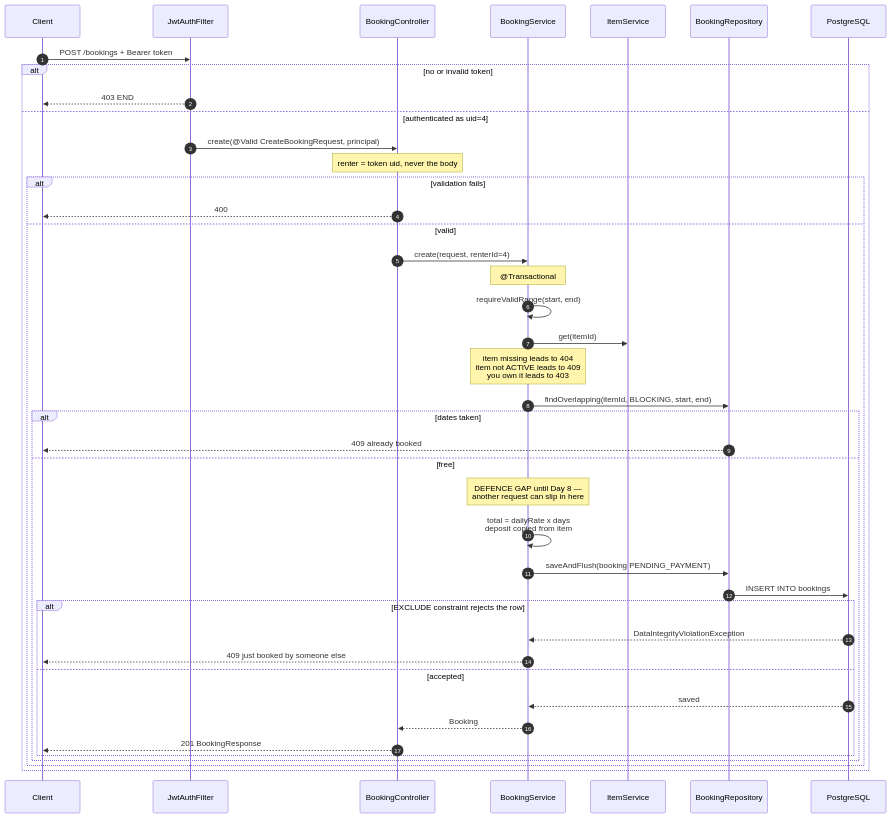
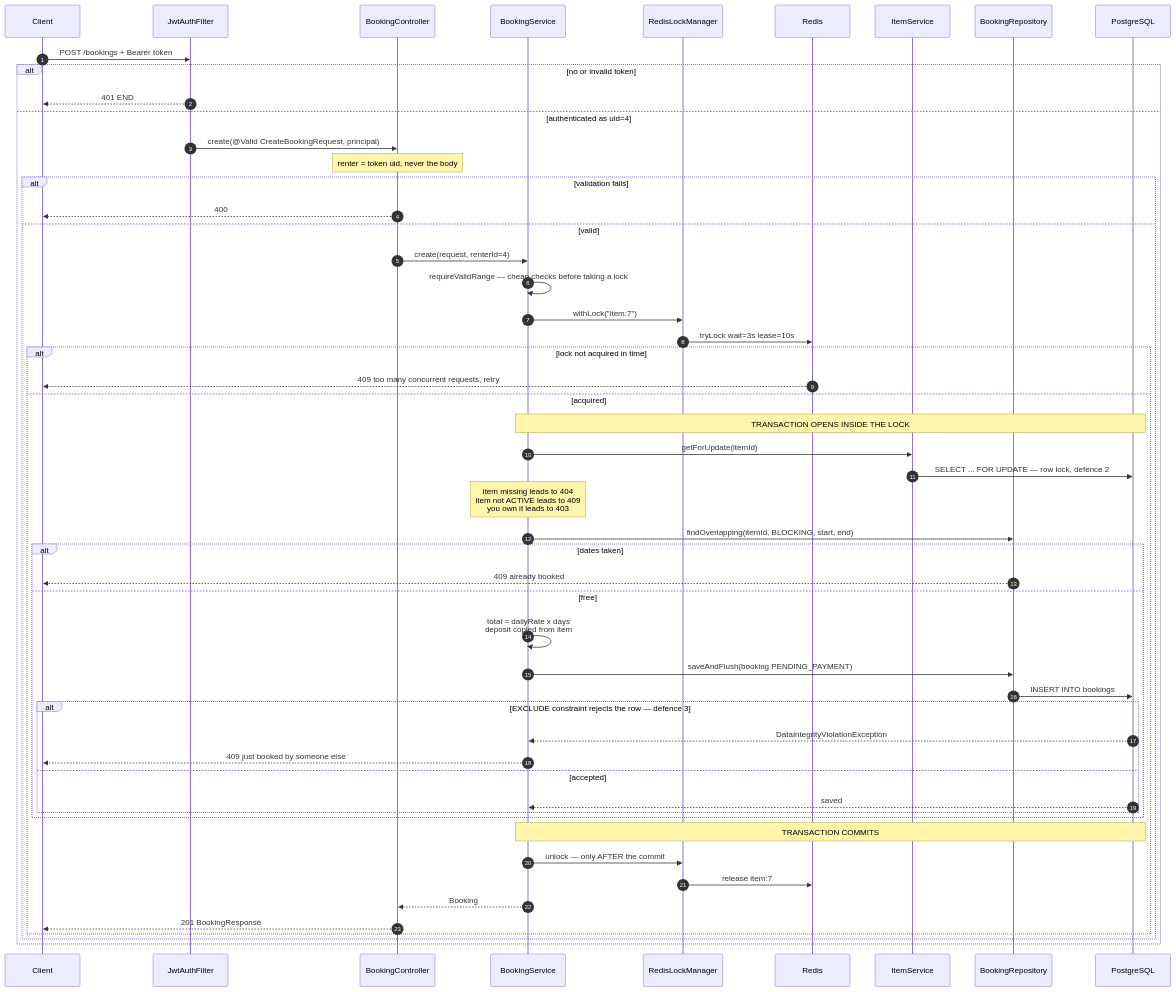
The eighth of 14 diagrams in docs/API_FLOW.md (RajatRajSharma/rentFlowBackend), drawn with Mermaid before and after one commit. The commit also changed other lines of this file and 21 other files, not shown here.

````diff
--- a/docs/API_FLOW.md
+++ b/docs/API_FLOW.md
@@ -333,47 +335,60 @@
 ```mermaid
 sequenceDiagram
     autonumber
     participant CL as Client
     participant JF as JwtAuthFilter
     participant BC as BookingController
     participant BS as BookingService
+    participant LM as RedisLockManager
+    participant RD as Redis
     participant IS as ItemService
     participant BR as BookingRepository
     participant DB as PostgreSQL
 
     CL->>JF: POST /bookings + Bearer token
     alt no or invalid token
-        JF-->>CL: 403 END
+        JF-->>CL: 401 END
     else authenticated as uid=4
         JF->>BC: create(@Valid CreateBookingRequest, principal)
         Note over BC: renter = token uid, never the body
         alt validation fails
             BC-->>CL: 400
         else valid
             BC->>BS: create(request, renterId=4)
-            Note over BS: @Transactional
+            BS->>BS: requireValidRange — cheap checks before taking a lock
 
-            BS->>BS: requireValidRange(start, end)
-            BS->>IS: get(itemId)
-            Note over BS: item missing leads to 404<br/>item not ACTIVE leads to 409<br/>you own it leads to 403
+            BS->>LM: withLock("item:7")
+            LM->>RD: tryLock wait=3s lease=10s
+            alt lock not acquired in time
+                RD-->>CL: 409 too many concurrent requests, retry
+            else acquired
+                Note over BS,DB: TRANSACTION OPENS INSIDE THE LOCK
 
-            BS->>BR: findOverlapping(itemId, BLOCKING, start, end)
-            alt dates taken
-                BR-->>CL: 409 already booked
-            else free
-                Note over BS: DEFENCE GAP until Day 8 —<br/>another request can slip in here
-                BS->>BS: total = dailyRate x days<br/>deposit copied from item
-                BS->>BR: saveAndFlush(booking PENDING_PAYMENT)
-                BR->>DB: INSERT INTO bookings
-                alt EXCLUDE constraint rejects the row
-                    DB-->>BS: DataIntegrityViolationException
-                    BS-->>CL: 409 just booked by someone else
-                else accepted
-                    DB-->>BS: saved
-                    BS-->>BC: Booking
-                    BC-->>CL: 201 BookingResponse
+                BS->>IS: getForUpdate(itemId)
+                IS->>DB: SELECT ... FOR UPDATE — row lock, defence 2
+                Note over BS: item missing leads to 404<br/>item not ACTIVE leads to 409<br/>you own it leads to 403
+
+                BS->>BR: findOverlapping(itemId, BLOCKING, start, end)
+                alt dates taken
+                    BR-->>CL: 409 already booked
+                else free
+                    BS->>BS: total = dailyRate x days<br/>deposit copied from item
+                    BS->>BR: saveAndFlush(booking PENDING_PAYMENT)
+                    BR->>DB: INSERT INTO bookings
+                    alt EXCLUDE constraint rejects the row — defence 3
+                        DB-->>BS: DataIntegrityViolationException
+                        BS-->>CL: 409 just booked by someone else
+                    else accepted
+                        DB-->>BS: saved
+                    end
                 end
+
+                Note over BS,DB: TRANSACTION COMMITS
+                BS->>LM: unlock — only AFTER the commit
+                LM->>RD: release item:7
+                BS-->>BC: Booking
+                BC-->>CL: 201 BookingResponse
             end
         end
     end
 ```
````
